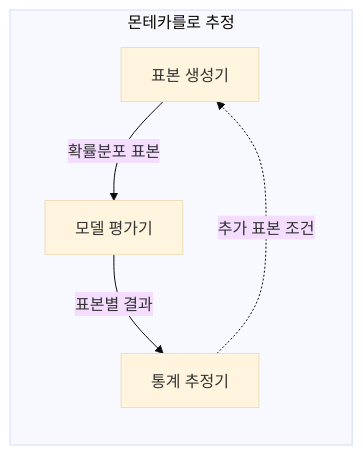
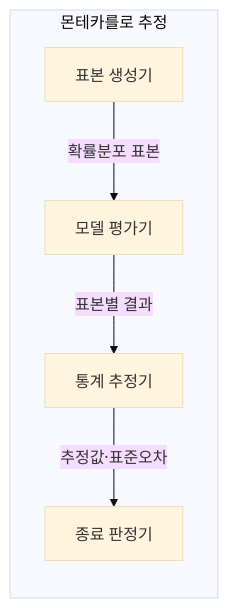
One commit to agnusdei1207/knowledge-base changed the second of 4 diagrams in src/content/docs/notes/01-basic-theory/017_monte_carlo.md. Above: the diagram before and after it, drawn with Mermaid (base theme). The commit also changed other lines of this file and 18 other files, not shown here.

````diff
--- a/src/content/docs/notes/01-basic-theory/017_monte_carlo.md
+++ b/src/content/docs/notes/01-basic-theory/017_monte_carlo.md
@@ -70,12 +81,13 @@
 ```mermaid
 flowchart TB
     subgraph MC[몬테카를로 추정]
         direction TB
         G[표본 생성기]
         M[모델 평가기]
         E[통계 추정기]
+        C[종료 판정기]
         G -->|확률분포 표본| M
         M -->|표본별 결과| E
-        E -.->|추가 표본 조건| G
+        E -->|추정값·표준오차| C
     end
 ```
````
